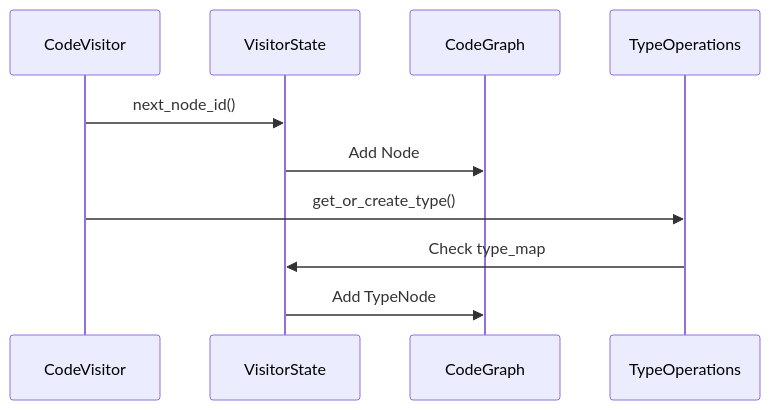
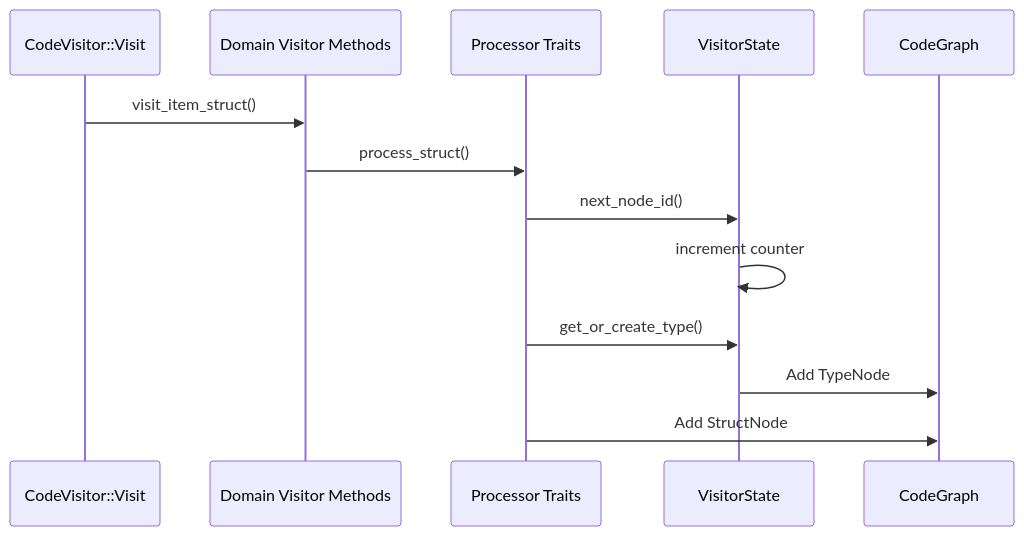
One commit to josephleblanc/syn_parser changed the second of 2 diagrams in book/src/Project_Structure/Visitor_Documentation.md. Above: the diagram before and after it, drawn with Mermaid. The commit also changed other lines of this file and 3 other files, not shown here.

````diff
--- a/book/src/Project_Structure/Visitor_Documentation.md
+++ b/book/src/Project_Structure/Visitor_Documentation.md
@@ -103,12 +190,16 @@
 ```mermaid
 sequenceDiagram
-    participant CodeVisitor
-    participant VisitorState
-    participant CodeGraph
+    participant Visit as CodeVisitor::Visit
+    participant Visitor as Domain Visitor Methods
+    participant Processor as Processor Traits
+    participant State as VisitorState
+    participant Graph as CodeGraph
     
-    CodeVisitor->>VisitorState: next_node_id()
-    VisitorState->>CodeGraph: Add Node
-    CodeVisitor->>TypeOperations: get_or_create_type()
-    TypeOperations->>VisitorState: Check type_map
-    VisitorState->>CodeGraph: Add TypeNode
+    Visit->>Visitor: visit_item_struct()
+    Visitor->>Processor: process_struct()
+    Processor->>State: next_node_id()
+    State->>State: increment counter
+    Processor->>State: get_or_create_type()
+    State->>Graph: Add TypeNode
+    Processor->>Graph: Add StructNode
 ```
````
